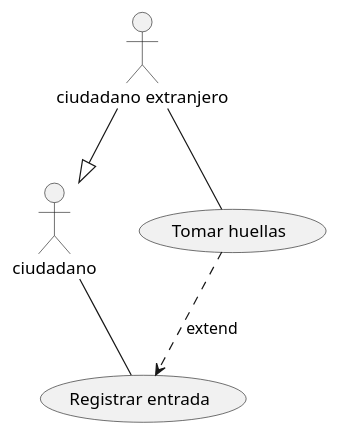
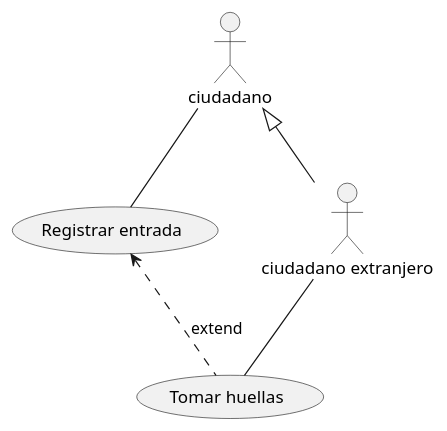
Before and after one commit to jbinade/PracticaClasesUML: the diagram in src/EjPuestoFronterizo.puml, drawn with PlantUML. The commit also changed 2 other files, not shown here.

```diff
--- a/src/EjPuestoFronterizo.puml
+++ b/src/EjPuestoFronterizo.puml
@@ -1,13 +1,13 @@
 @startuml
 
 actor ciudadano
 
 ciudadano -- (Registrar entrada)
 
 actor "ciudadano extranjero"
  "ciudadano extranjero" -- (Tomar huellas)
- "ciudadano extranjero" --|> ciudadano
- (Tomar huellas) ..> (Registrar entrada) : extend
+ ciudadano <|-- "ciudadano extranjero"
+ (Registrar entrada) <.. (Tomar huellas) : extend
 
 
 @enduml
```
